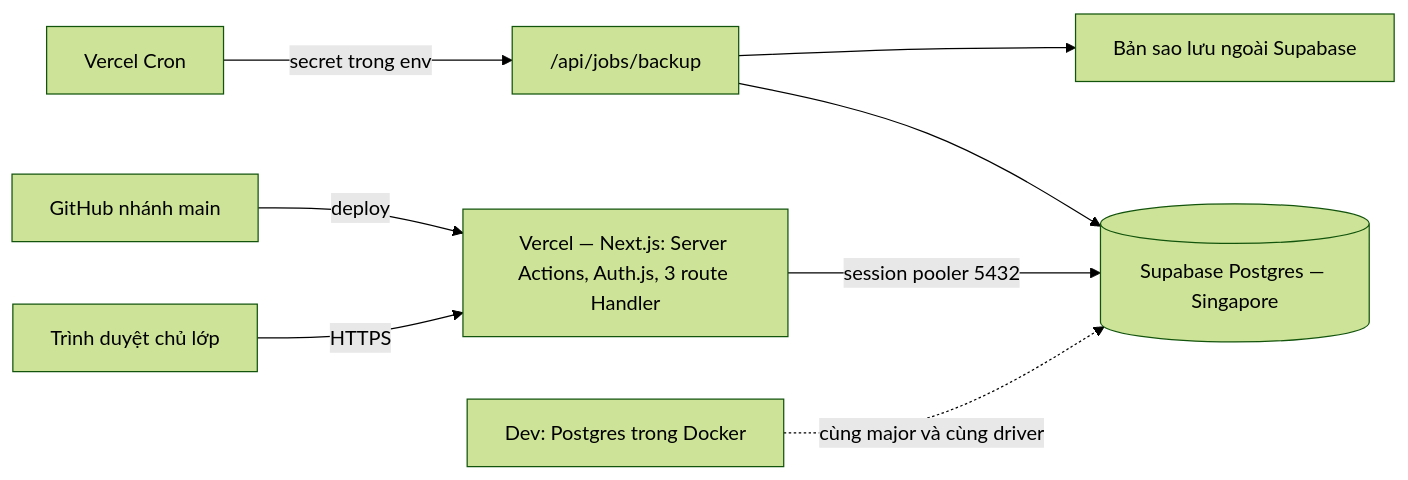
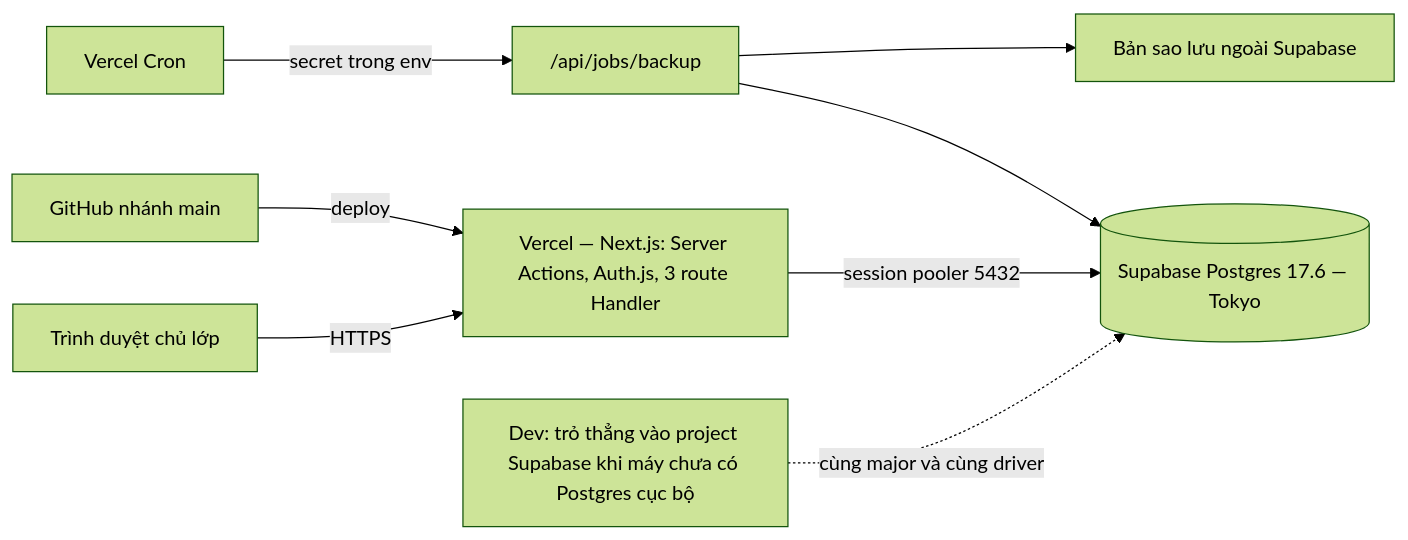
Before and after one commit to pnam55588/hannin: the second of 3 diagrams in _bmad-output/planning-artifacts/architecture/architecture-hannin-2026-09-23/ARCHITECTURE-SPINE.md, drawn with Mermaid (forest theme). The commit also changed other lines of this file and 4 other files, not shown here.

````diff
--- a/_bmad-output/planning-artifacts/architecture/architecture-hannin-2026-09-23/ARCHITECTURE-SPINE.md
+++ b/_bmad-output/planning-artifacts/architecture/architecture-hannin-2026-09-23/ARCHITECTURE-SPINE.md
@@ -169,10 +169,10 @@
 ```mermaid
 graph LR
   B["Trình duyệt chủ lớp"] -->|HTTPS| V["Vercel — Next.js: Server Actions, Auth.js, 3 route Handler"]
-  V -->|session pooler 5432| N[("Supabase Postgres — Singapore")]
+  V -->|session pooler 5432| N[("Supabase Postgres 17.6 — Tokyo")]
   G["GitHub nhánh main"] -->|deploy| V
   C["Vercel Cron"] -->|secret trong env| J["/api/jobs/backup"]
   J --> N
   J --> S["Bản sao lưu ngoài Supabase"]
-  D["Dev: Postgres trong Docker"] -.->|cùng major và cùng driver| N
+  D["Dev: trỏ thẳng vào project Supabase khi máy chưa có Postgres cục bộ"] -.->|cùng major và cùng driver| N
 ```
````
